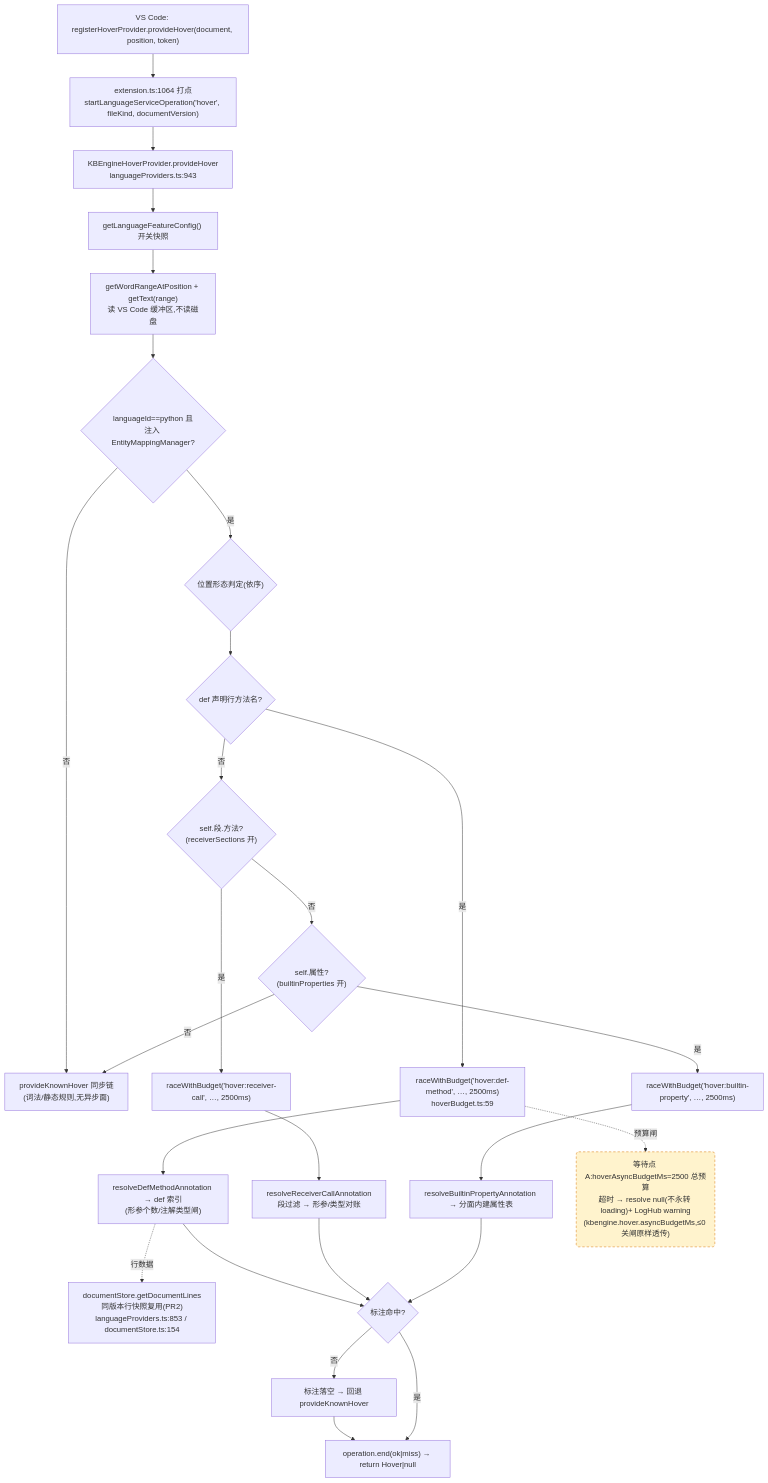
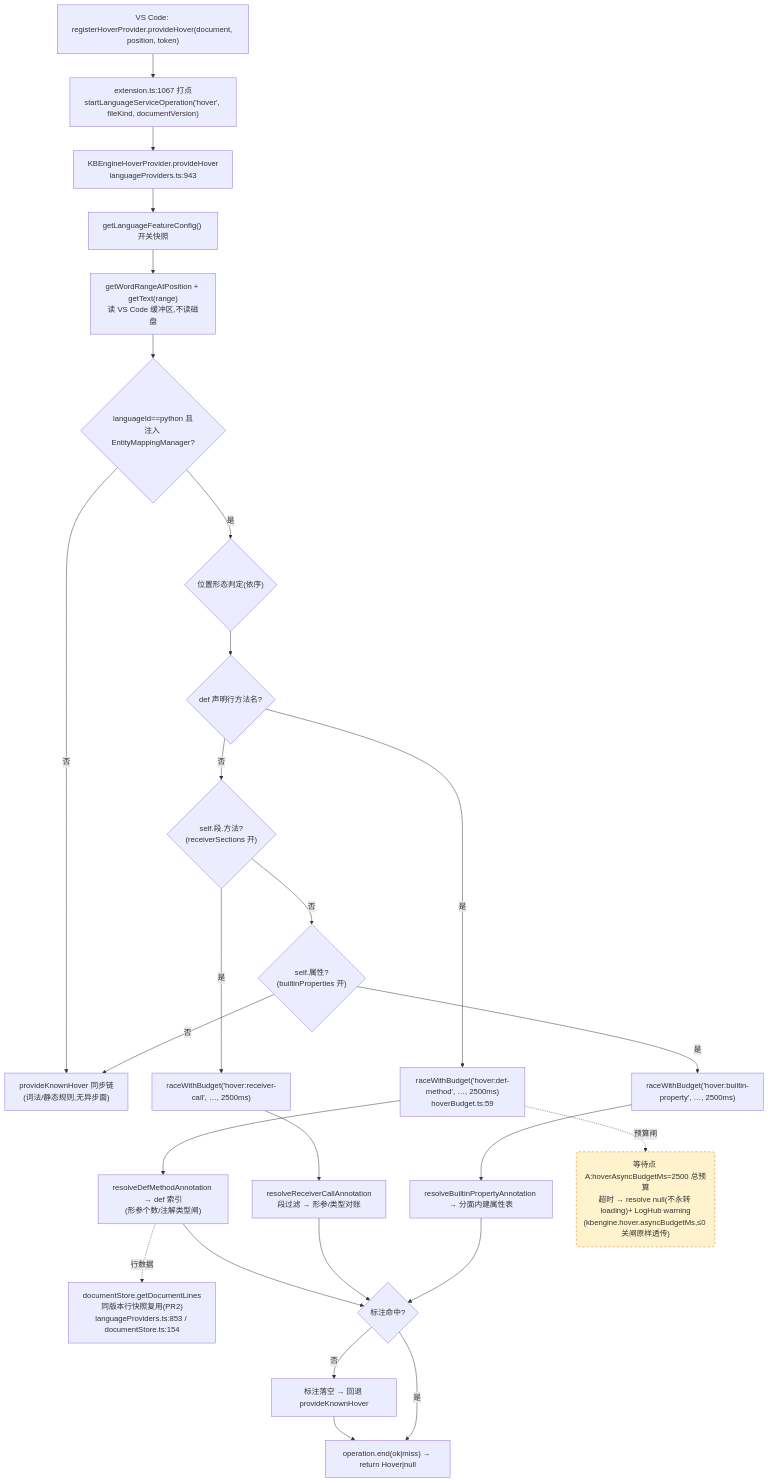
Before and after one commit to cuihairu/kode: the first of 4 diagrams in docs/perf/2026-baseline.md, drawn with Mermaid. The commit also changed other lines of this file and 6 other files, not shown here.

````diff
--- a/docs/perf/2026-baseline.md
+++ b/docs/perf/2026-baseline.md
@@ -82,45 +82,45 @@
 ```mermaid
 flowchart TD
   VC1["VS Code: registerHoverProvider.provideHover(document, position, token)"]
-  M1["extension.ts:1064 打点<br/>startLanguageServiceOperation('hover', fileKind, documentVersion)"]
+  M1["extension.ts:1067 打点<br/>startLanguageServiceOperation('hover', fileKind, documentVersion)"]
   HP["KBEngineHoverProvider.provideHover<br/>languageProviders.ts:943"]
   CFG["getLanguageFeatureConfig() 开关快照"]
   WORD["getWordRangeAtPosition + getText(range)<br/>读 VS Code 缓冲区,不读磁盘"]
   BR{"languageId==python 且<br/>注入 EntityMappingManager?"}
   KN["provideKnownHover 同步链<br/>(词法/静态规则,无异步面)"]
   POS{"位置形态判定(依序)"}
   D1{"def 声明行方法名?"}
   D2{"self.段.方法?<br/>(receiverSections 开)"}
   D3{"self.属性?<br/>(builtinProperties 开)"}
   RA1["raceWithBudget('hover:def-method', …, 2500ms)<br/>hoverBudget.ts:59"]
   RA2["raceWithBudget('hover:receiver-call', …, 2500ms)"]
   RA3["raceWithBudget('hover:builtin-property', …, 2500ms)"]
   RS1["resolveDefMethodAnnotation → def 索引<br/>(形参个数/注解类型闸)"]
   RS2["resolveReceiverCallAnnotation<br/>段过滤 → 形参/类型对账"]
   RS3["resolveBuiltinPropertyAnnotation → 分面内建属性表"]
   LINES["documentStore.getDocumentLines<br/>同版本行快照复用(PR2)<br/>languageProviders.ts:853 / documentStore.ts:154"]
   MISS["标注落空 → 回退 provideKnownHover"]
   END1["operation.end(ok|miss) → return Hover|null"]
 
   VC1 --> M1 --> HP --> CFG --> WORD --> BR
   BR -- "否" --> KN
   BR -- "是" --> POS --> D1
   D1 -- "是" --> RA1 --> RS1
   D1 -- "否" --> D2
   D2 -- "是" --> RA2 --> RS2
   D2 -- "否" --> D3
   D3 -- "是" --> RA3 --> RS3
   D3 -- "否" --> KN
   RS1 --> HIT{"标注命中?"}
   RS2 --> HIT
   RS3 --> HIT
   RS1 -.->|行数据| LINES
   HIT -- "否" --> MISS --> END1
   HIT -- "是" --> END1
 
   WAITA("等待点 A:hoverAsyncBudgetMs=2500 总预算<br/>超时 → resolve null(不永转 loading)+ LogHub warning<br/>(kbengine.hover.asyncBudgetMs,≤0 关闸原样透传)")
   RA1 -.->|预算闸| WAITA
 
   classDef waitPoint fill:#fff3cd,stroke:#d97706,stroke-dasharray:5 4;
   class WAITA waitPoint;
 ```
````
